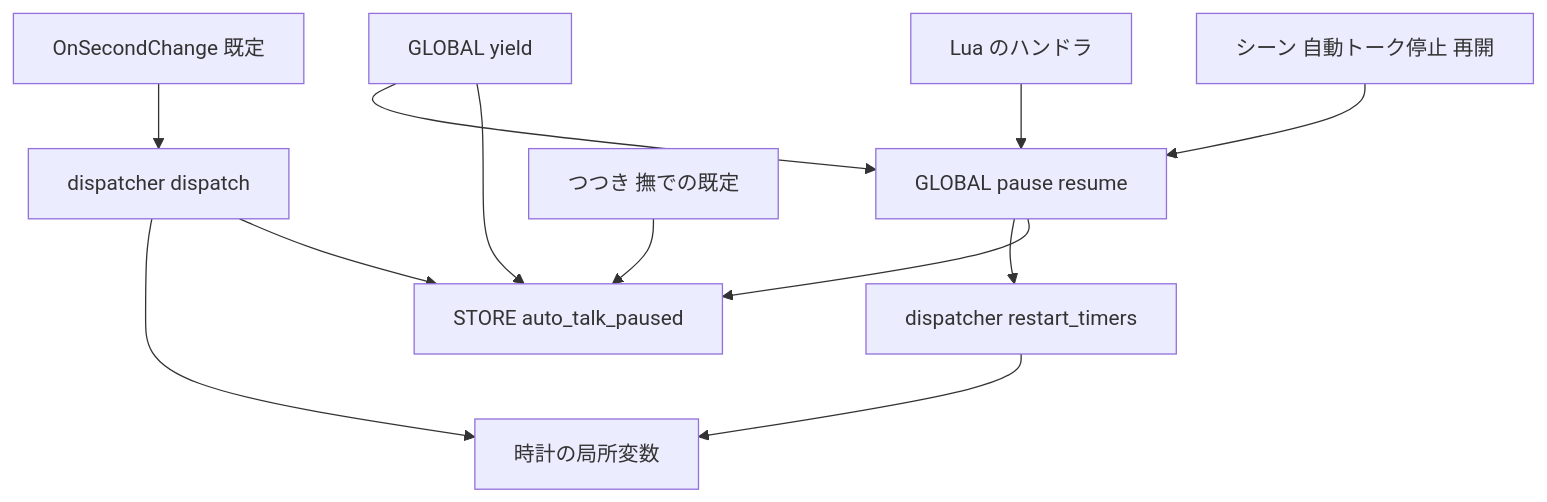
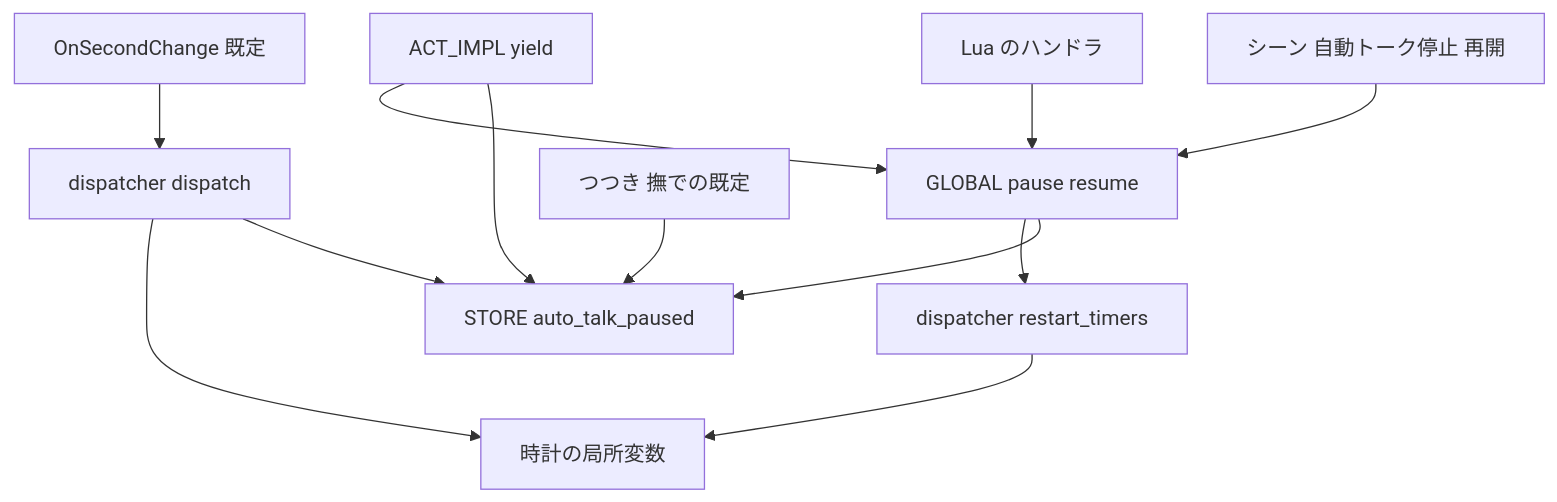
Before and after one commit to ekicyou/pasta: the first of 3 diagrams in .kiro/specs/ontalk-suppression/design.md, drawn with Mermaid. The commit also changed other lines of this file and 1 other file, not shown here.

````diff
--- a/.kiro/specs/ontalk-suppression/design.md
+++ b/.kiro/specs/ontalk-suppression/design.md
@@ -81,14 +81,14 @@
 ```mermaid
 graph TB
     Scene[シーン 自動トーク停止 再開] --> GlobalFns[GLOBAL pause resume]
     LuaCode[Lua のハンドラ] --> GlobalFns
-    ChainTalk[GLOBAL yield] --> Store
+    ChainTalk[ACT_IMPL yield] --> Store
     ChainTalk --> GlobalFns
     GlobalFns --> Store[STORE auto_talk_paused]
     GlobalFns --> Restart[dispatcher restart_timers]
     SecondChange[OnSecondChange 既定] --> Dispatch[dispatcher dispatch]
     Dispatch --> Store
     Restart --> Timers[時計の局所変数]
     Dispatch --> Timers
     Mouse[つつき 撫での既定] --> Store
 ```
````
